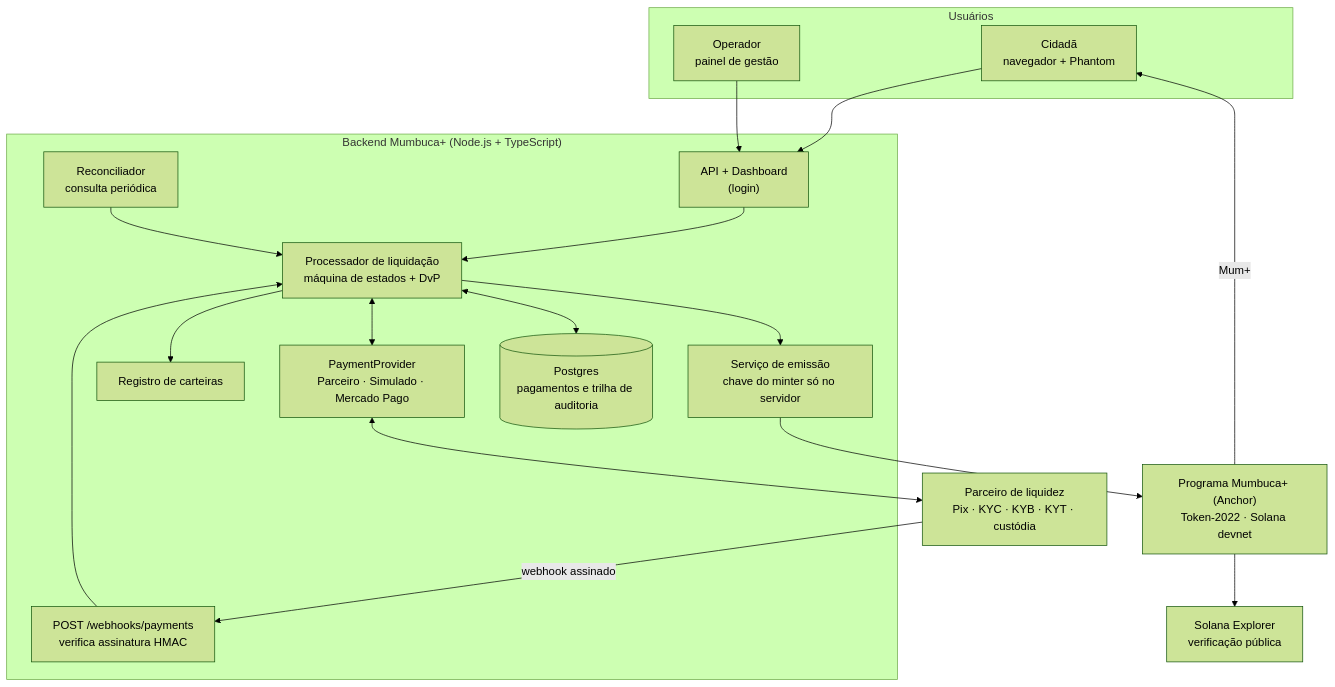
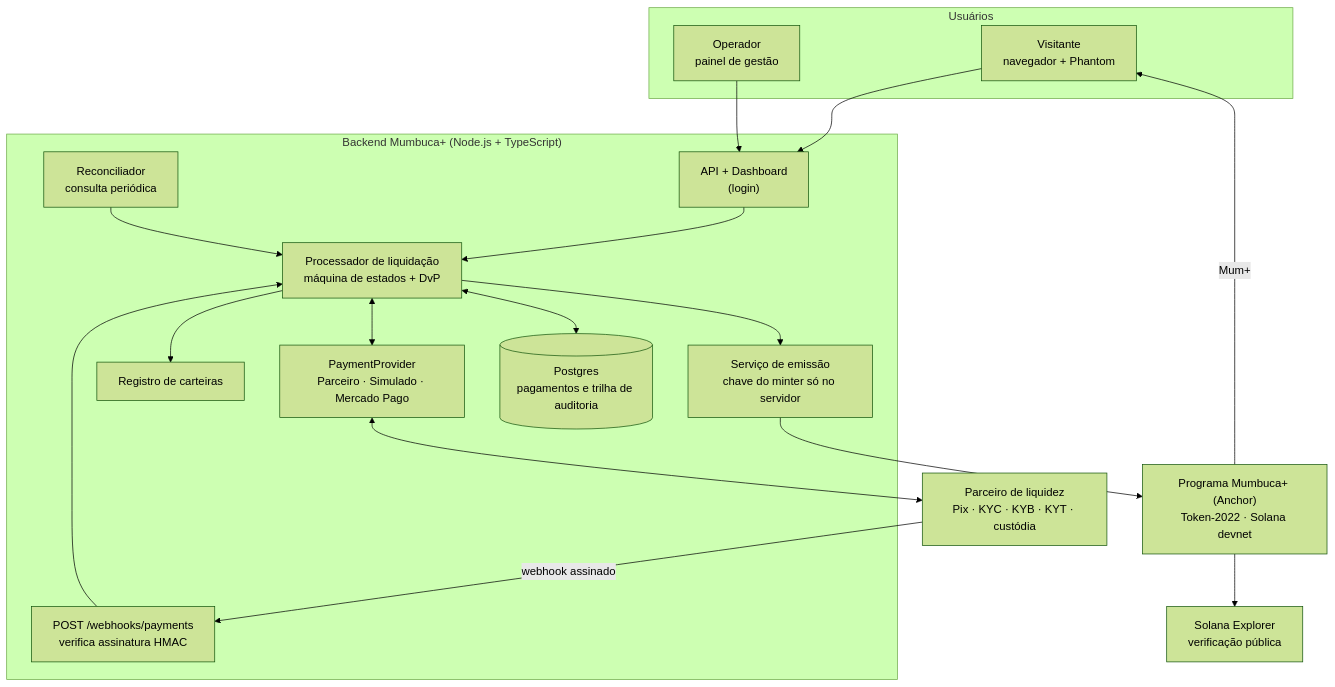
Before and after one commit to Peragus01/Mumbuca-plus: the second of 4 diagrams in README.md, drawn with Mermaid (forest theme). The commit also changed other lines of this file and 1 other file, not shown here.

````diff
--- a/README.md
+++ b/README.md
@@ -163,34 +179,34 @@
 ```mermaid
 flowchart TB
     subgraph Usuarios["Usuários"]
-        C["Cidadã<br/>navegador + Phantom"]
+        C["Visitante<br/>navegador + Phantom"]
         O["Operador<br/>painel de gestão"]
     end
 
     subgraph Backend["Backend Mumbuca+ (Node.js + TypeScript)"]
         API["API + Dashboard<br/>(login)"]
         WH["POST /webhooks/payments<br/>verifica assinatura HMAC"]
         PP["PaymentProvider<br/>Parceiro · Simulado · Mercado Pago"]
         PROC["Processador de liquidação<br/>máquina de estados + DvP"]
         REC["Reconciliador<br/>consulta periódica"]
         WR["Registro de carteiras"]
         MS["Serviço de emissão<br/>chave do minter só no servidor"]
         DB[("Postgres<br/>pagamentos e trilha de auditoria")]
     end
 
     LP["Parceiro de liquidez<br/>Pix · KYC · KYB · KYT · custódia"]
     SC["Programa Mumbuca+ (Anchor)<br/>Token-2022 · Solana devnet"]
     EX["Solana Explorer<br/>verificação pública"]
 
     C --> API
     O --> API
     API --> PROC
     LP -->|webhook assinado| WH --> PROC
     REC --> PROC
     PROC <--> PP <--> LP
     PROC --> WR
     PROC --> MS --> SC
     PROC <--> DB
     SC --> EX
     SC -->|Mum+| C
 ```
````
